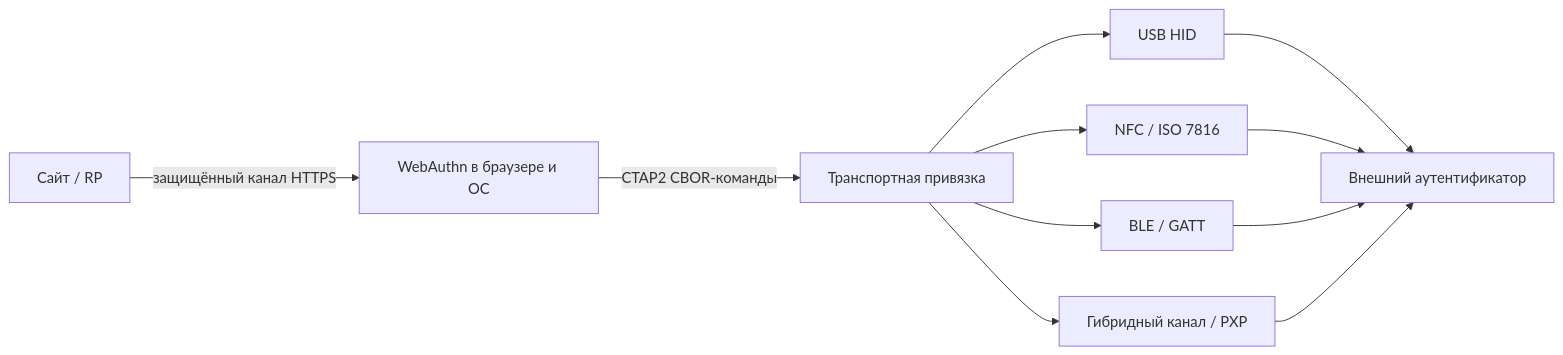
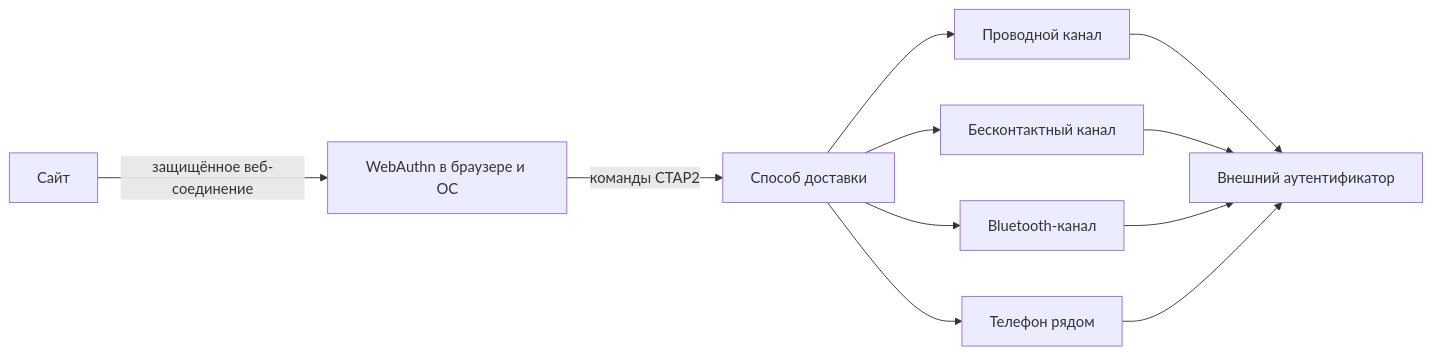
The first of 4 diagrams in FIDO/ctap.md (zapret-discordyoutube/todo), drawn with Mermaid before and after one commit. The commit also changed other lines of this file and 8 other files, not shown here.

````diff
--- a/FIDO/ctap.md
+++ b/FIDO/ctap.md
@@ -80,13 +33,13 @@
 ```mermaid
 flowchart LR
-    RP["Сайт / RP"] -->|"защищённый канал HTTPS"| WA["WebAuthn в браузере и ОС"]
-    WA -->|"CTAP2 CBOR-команды"| Binding["Транспортная привязка"]
-    Binding --> USB["USB HID"]
-    Binding --> NFC["NFC / ISO 7816"]
-    Binding --> BLE["BLE / GATT"]
-    Binding --> PXP["Гибридный канал / PXP"]
+    RP["Сайт"] -->|"защищённое веб-соединение"| WA["WebAuthn в браузере и ОС"]
+    WA -->|"команды CTAP2"| Binding["Способ доставки"]
+    Binding --> USB["Проводной канал"]
+    Binding --> NFC["Бесконтактный канал"]
+    Binding --> BLE["Bluetooth-канал"]
+    Binding --> PXP["Телефон рядом"]
     USB --> Auth["Внешний аутентификатор"]
     NFC --> Auth
     BLE --> Auth
     PXP --> Auth
 ```
````
